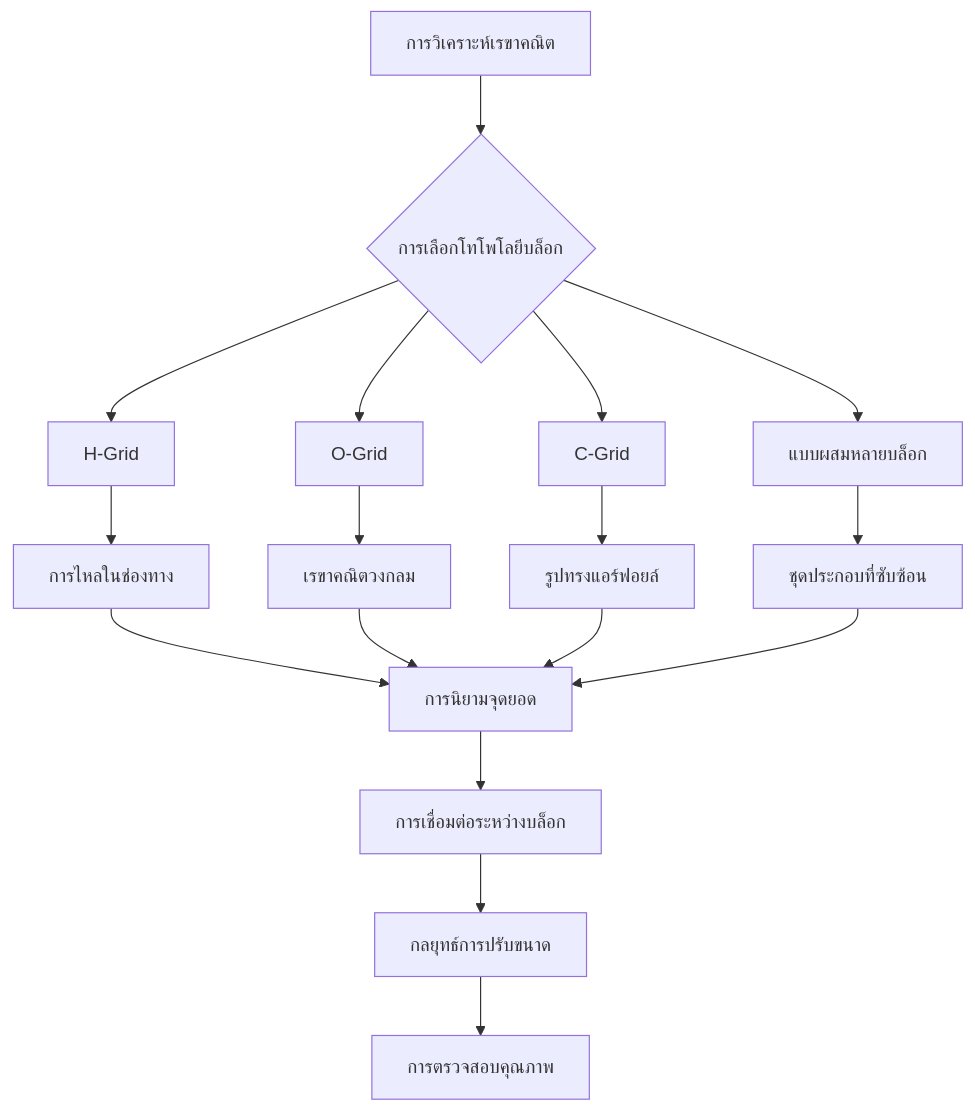
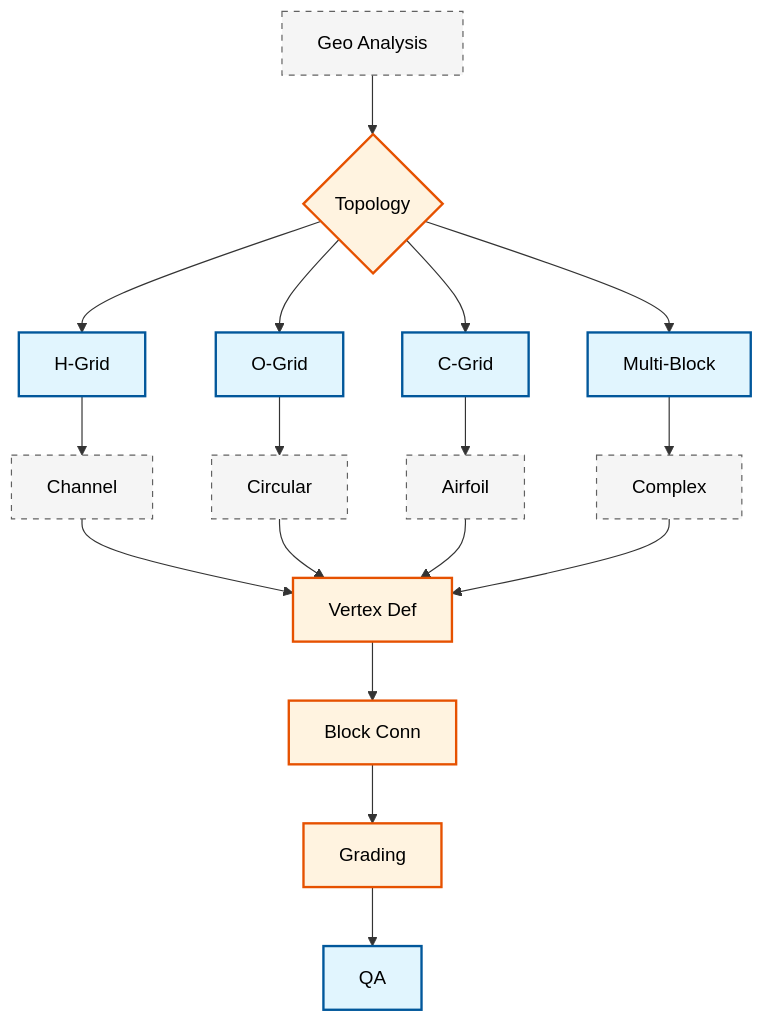
One commit to wramet/build-my-cfd changed the diagram in MODULE_07_UTILITIES_AUTOMATION/CONTENT/02_MESH_PREPARATION/02_BlockMesh_Strategies.md. Above: the diagram before and after it, drawn with Mermaid. The commit also changed 313 other files, not shown here.

Commit message:
Revise all diagram

````diff
--- a/MODULE_07_UTILITIES_AUTOMATION/CONTENT/02_MESH_PREPARATION/02_BlockMesh_Strategies.md
+++ b/MODULE_07_UTILITIES_AUTOMATION/CONTENT/02_MESH_PREPARATION/02_BlockMesh_Strategies.md
@@ -27,22 +27,19 @@
 ```mermaid
 flowchart TD
-    A[การวิเคราะห์เรขาคณิต] --> B{การเลือกโทโพโลยีบล็อก}
-    B --> C[H-Grid]
-    B --> D[O-Grid]
-    B --> E[C-Grid]
-    B --> F[แบบผสมหลายบล็อก]
-
-    C --> G[การไหลในช่องทาง]
-    D --> H[เรขาคณิตวงกลม]
-    E --> I[รูปทรงแอร์ฟอยล์]
-    F --> J[ชุดประกอบที่ซับซ้อน]
-
-    G --> K[การนิยามจุดยอด]
-    H --> K
-    I --> K
-    J --> K
-
-    K --> L[การเชื่อมต่อระหว่างบล็อก]
-    L --> M[กลยุทธ์การปรับขนาด]
-    M --> N[การตรวจสอบคุณภาพ]
+classDef implicit fill:#e1f5fe,stroke:#01579b,stroke-width:2px,color:#000
+classDef explicit fill:#fff3e0,stroke:#e65100,stroke-width:2px,color:#000
+classDef context fill:#f5f5f5,stroke:#616161,stroke-width:1px,color:#000,stroke-dasharray: 5 5
+A[Geo Analysis]:::context --> B{Topology}:::explicit
+B --> C[H-Grid]:::implicit
+B --> D[O-Grid]:::implicit
+B --> E[C-Grid]:::implicit
+B --> F[Multi-Block]:::implicit
+C --> G[Channel]:::context
+D --> H[Circular]:::context
+E --> I[Airfoil]:::context
+F --> J[Complex]:::context
+G & H & I & J --> K[Vertex Def]:::explicit
+K --> L[Block Conn]:::explicit
+L --> M[Grading]:::explicit
+M --> N[QA]:::implicit
 ```
````
